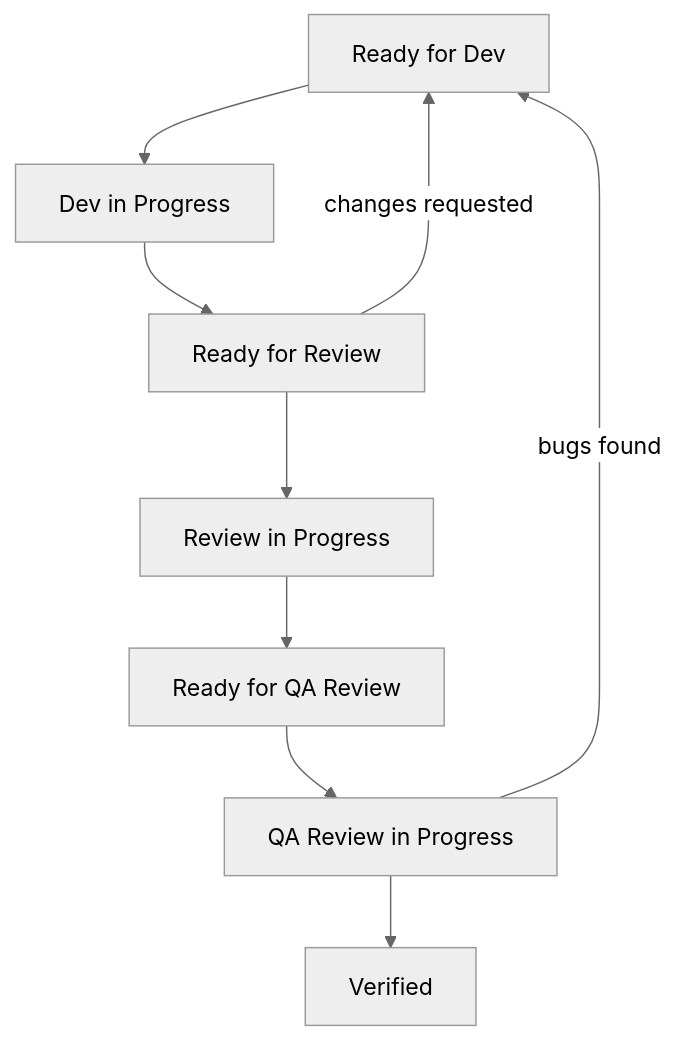
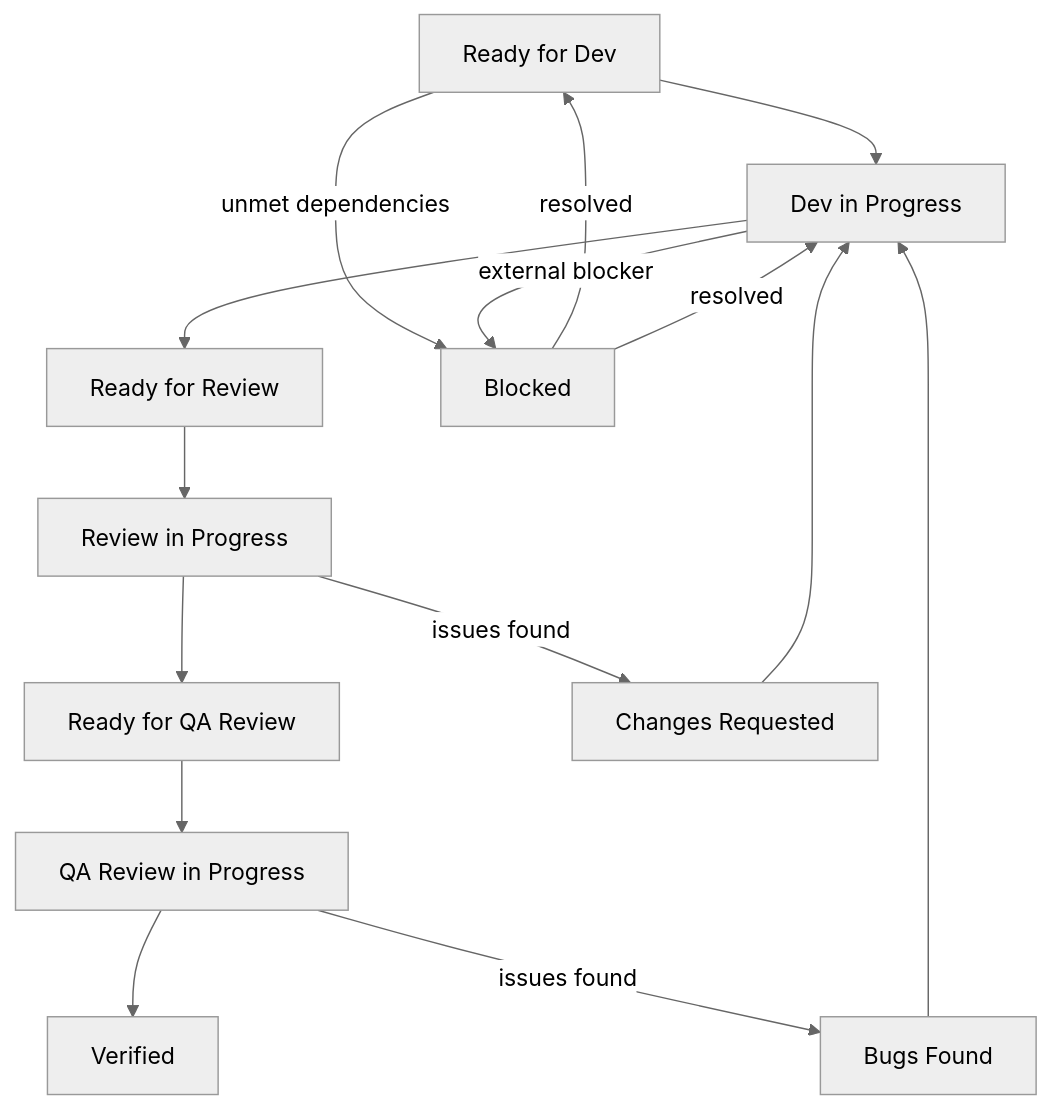
One commit to memksim/task-performer-plugin changed the diagram in README.md. Above: the diagram before and after it, drawn with Mermaid (neutral theme). The commit also changed other lines of this file and 9 other files, not shown here.

````diff
--- a/README.md
+++ b/README.md
@@ -103,15 +115,33 @@
 ```mermaid
 flowchart TD
 
 A[Ready for Dev]
-A --> B[Dev in Progress]
-B --> C[Ready for Review]
-C --> D[Review in Progress]
-D --> E[Ready for QA Review]
-E --> F[QA Review in Progress]
-F --> G[Verified]
+B[Dev in Progress]
+C[Ready for Review]
+D[Review in Progress]
+E[Ready for QA Review]
+F[QA Review in Progress]
+G[Verified]
+H[Blocked]
+R1[Changes Requested]
+R2[Bugs Found]
 
-%% Rework loops
-C -- changes requested --> A
-F -- bugs found --> A
+A --> B
+B --> C
+C --> D
+D --> E
+E --> F
+F --> G
+
+%% Rework loops - explicit statuses
+D -- issues found --> R1
+R1 --> B
+F -- issues found --> R2
+R2 --> B
+
+%% Blocked state
+A -- unmet dependencies --> H
+B -- external blocker --> H
+H -- resolved --> A
+H -- resolved --> B
 ```
````
